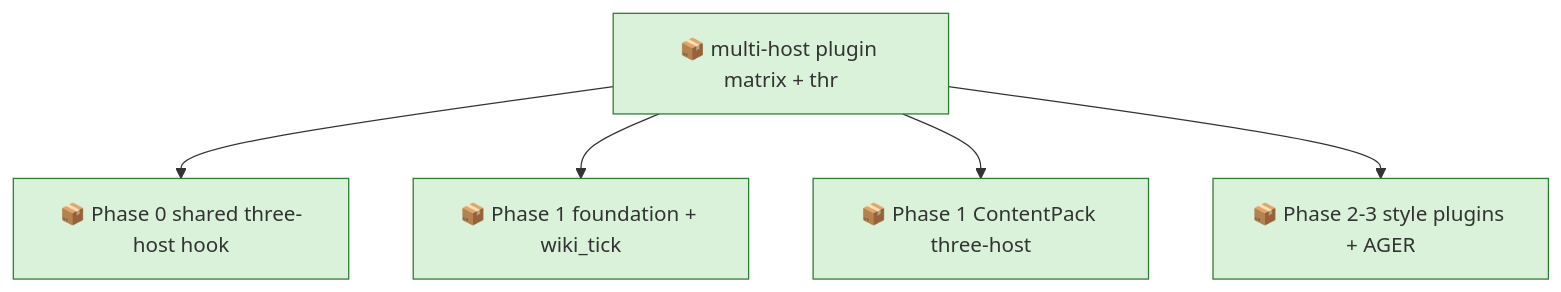
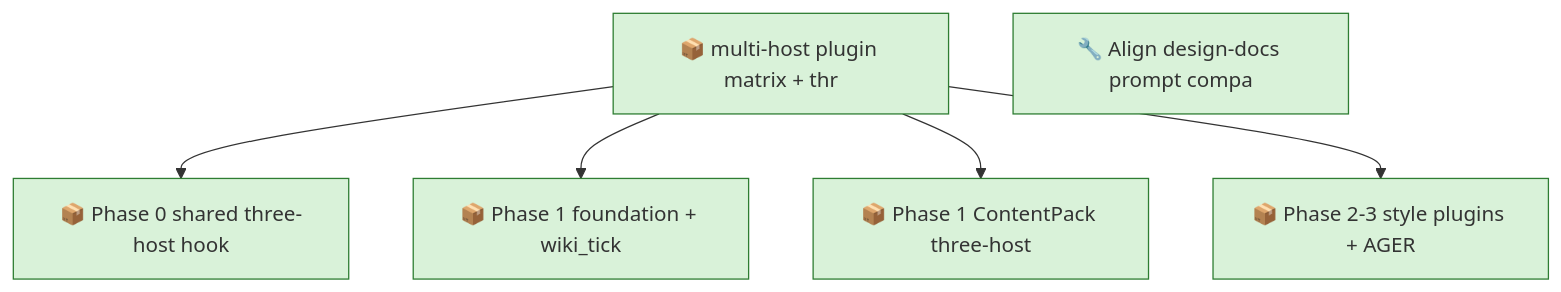
One commit to SpillwaveSolutions/wiki_ticket_sdd changed the first of 2 diagrams in docs/roadmap.md. Above: the diagram before and after it, drawn with Mermaid. The commit also changed other lines of this file and 14 other files, not shown here.

First line of the commit message:
fix: align design-docs prompt companion pins (01M0V0ZQ56VWB1QMTP8HRXKCXG)

````diff
--- a/docs/roadmap.md
+++ b/docs/roadmap.md
@@ -43,14 +57,15 @@
 ```mermaid
 graph TD
     01M0KCDKJRAZYMWDD9PFGHC6XY["📦 multi-host plugin matrix + thr"]
     01M0KCDV5GP8BMZT142MMAPAG7["📦 Phase 0 shared three-host hook"]
     01M0KCDV7AQEQ61TA2MYN3M5C3["📦 Phase 1 foundation + wiki_tick"]
     01M0KCDV94P4YPBXJXQZNNGQTM["📦 Phase 1 ContentPack three-host"]
     01M0KCDVAYS67SPN8FHAYY4DWX["📦 Phase 2-3 style plugins + AGER"]
+    01M0V0ZQ56VWB1QMTP8HRXKCXG["🔧 Align design-docs prompt compa"]
     01M0KCDKJRAZYMWDD9PFGHC6XY --> 01M0KCDV5GP8BMZT142MMAPAG7
     01M0KCDKJRAZYMWDD9PFGHC6XY --> 01M0KCDV7AQEQ61TA2MYN3M5C3
     01M0KCDKJRAZYMWDD9PFGHC6XY --> 01M0KCDV94P4YPBXJXQZNNGQTM
     01M0KCDKJRAZYMWDD9PFGHC6XY --> 01M0KCDVAYS67SPN8FHAYY4DWX
     classDef in_progress fill:#d9f2d9,stroke:#2e7d32
-    class 01M0KCDKJRAZYMWDD9PFGHC6XY,01M0KCDV5GP8BMZT142MMAPAG7,01M0KCDV7AQEQ61TA2MYN3M5C3,01M0KCDV94P4YPBXJXQZNNGQTM,01M0KCDVAYS67SPN8FHAYY4DWX in_progress
+    class 01M0KCDKJRAZYMWDD9PFGHC6XY,01M0KCDV5GP8BMZT142MMAPAG7,01M0KCDV7AQEQ61TA2MYN3M5C3,01M0KCDV94P4YPBXJXQZNNGQTM,01M0KCDVAYS67SPN8FHAYY4DWX,01M0V0ZQ56VWB1QMTP8HRXKCXG in_progress
 ```
````
